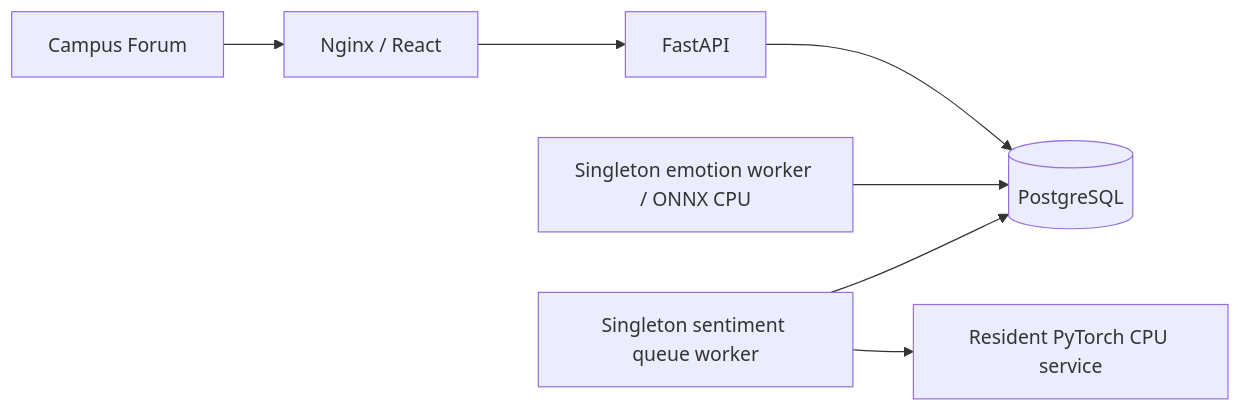
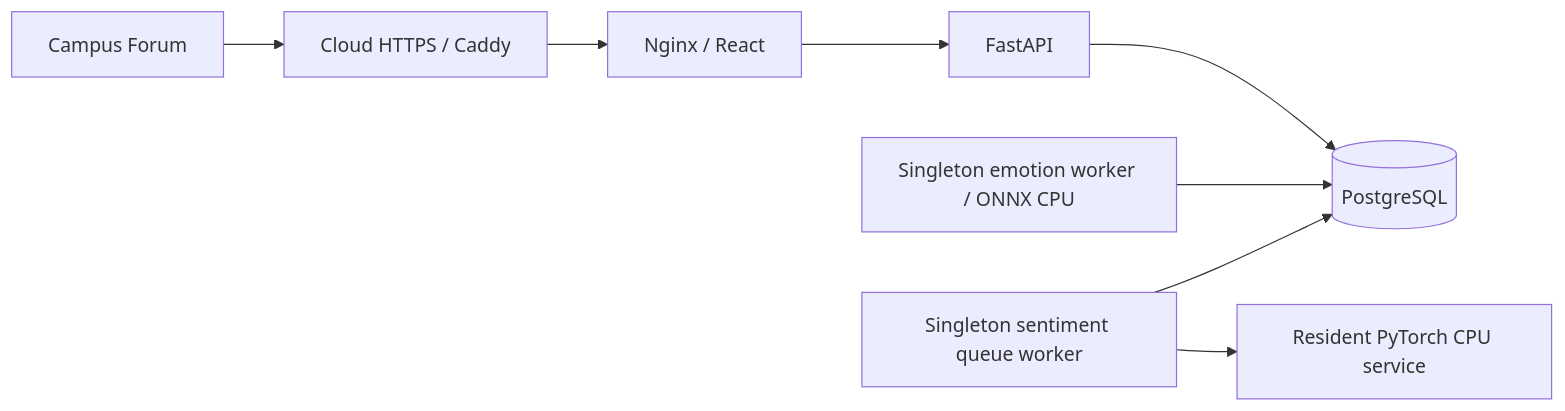
One commit to Zejun-Derry-Xu/sentiment-analysis changed the diagram in README.md. Above: the diagram before and after it, drawn with Mermaid. The commit also changed other lines of this file and 4 other files, not shown here.

````diff
--- a/README.md
+++ b/README.md
@@ -59,9 +59,10 @@
 ```mermaid
 flowchart LR
-  Browser[Campus Forum] --> Web[Nginx / React]
+  Browser[Campus Forum] --> TLS[Cloud HTTPS / Caddy]
+  TLS --> Web[Nginx / React]
   Web --> API[FastAPI]
   API --> DB[(PostgreSQL)]
   Emotion[Singleton emotion worker / ONNX CPU] --> DB
   SentimentWorker[Singleton sentiment queue worker] --> DB
   SentimentWorker --> Sentiment[Resident PyTorch CPU service]
 ```
````
